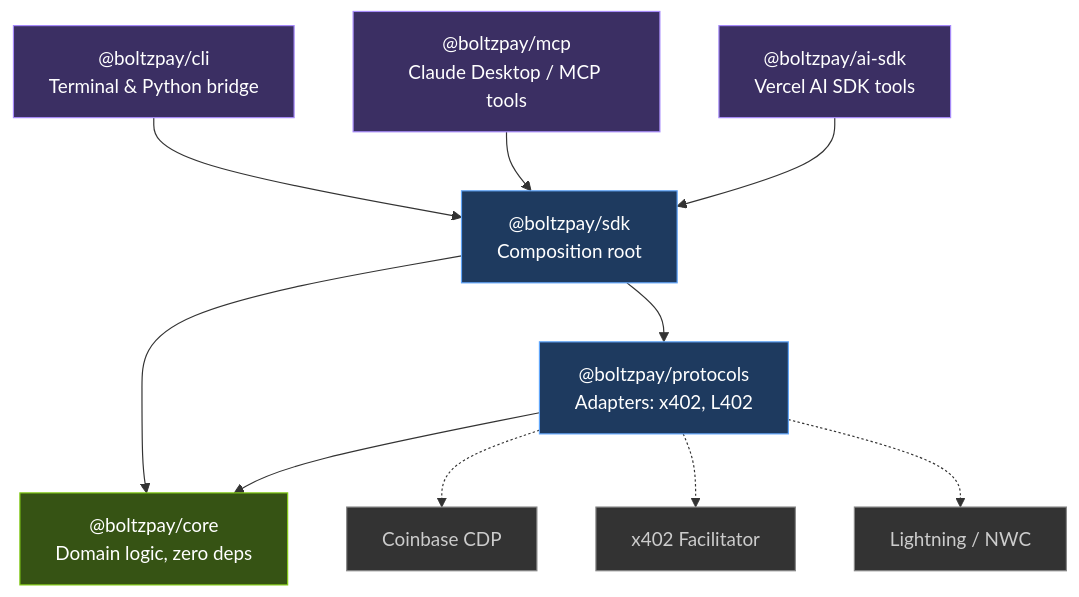
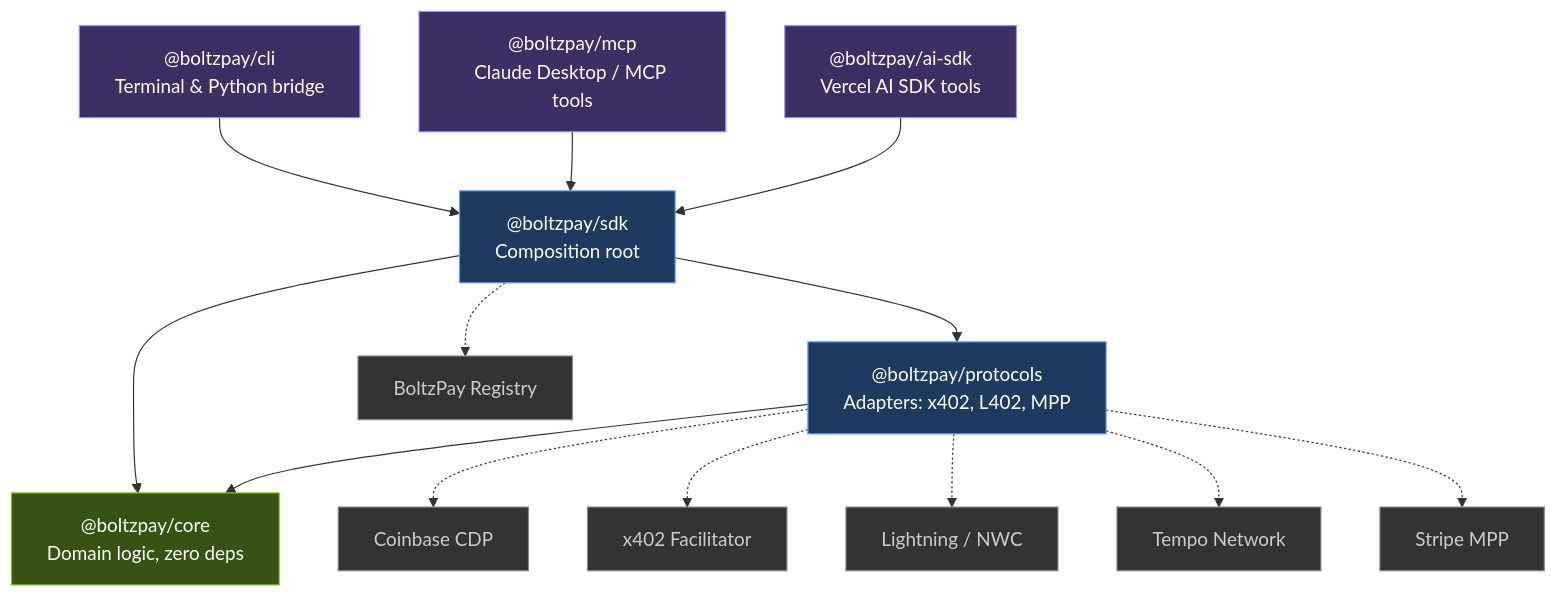
The diagram in apps/docs-mintlify/concepts/architecture.mdx (leventilo/boltzpay), drawn with Mermaid before and after one commit. The commit also changed other lines of this file and 17 other files, not shown here.

First line of the commit message:
docs(sdk): update documentation for v0.3 — mpp, sessions, registry

````diff
--- a/apps/docs-mintlify/concepts/architecture.mdx
+++ b/apps/docs-mintlify/concepts/architecture.mdx
@@ -10,33 +10,42 @@
 ```mermaid
 flowchart TB
     CLI["@boltzpay/cli<br/>Terminal & Python bridge"]
     MCP["@boltzpay/mcp<br/>Claude Desktop / MCP tools"]
     AISDK["@boltzpay/ai-sdk<br/>Vercel AI SDK tools"]
     SDK["@boltzpay/sdk<br/>Composition root"]
-    Protocols["@boltzpay/protocols<br/>Adapters: x402, L402"]
+    Protocols["@boltzpay/protocols<br/>Adapters: x402, L402, MPP"]
     Core["@boltzpay/core<br/>Domain logic, zero deps"]
 
     CDP["Coinbase CDP"]
     Facilitator["x402 Facilitator"]
     Lightning["Lightning / NWC"]
+    Tempo["Tempo Network"]
+    StripeMPP["Stripe MPP"]
+    Registry["BoltzPay Registry"]
 
     CLI --> SDK
     MCP --> SDK
     AISDK --> SDK
     SDK --> Protocols
     SDK --> Core
+    SDK -.-> Registry
     Protocols --> Core
     Protocols -.-> CDP
     Protocols -.-> Facilitator
     Protocols -.-> Lightning
+    Protocols -.-> Tempo
+    Protocols -.-> StripeMPP
 
     style Core fill:#365314,stroke:#84cc16,color:#fff
     style SDK fill:#1e3a5f,stroke:#60a5fa,color:#fff
     style Protocols fill:#1e3a5f,stroke:#60a5fa,color:#fff
     style CLI fill:#3b2f63,stroke:#a78bfa,color:#fff
     style MCP fill:#3b2f63,stroke:#a78bfa,color:#fff
     style AISDK fill:#3b2f63,stroke:#a78bfa,color:#fff
     style CDP fill:#333,stroke:#888,color:#ccc
     style Facilitator fill:#333,stroke:#888,color:#ccc
     style Lightning fill:#333,stroke:#888,color:#ccc
+    style Tempo fill:#333,stroke:#888,color:#ccc
+    style StripeMPP fill:#333,stroke:#888,color:#ccc
+    style Registry fill:#333,stroke:#888,color:#ccc
 ```
````
